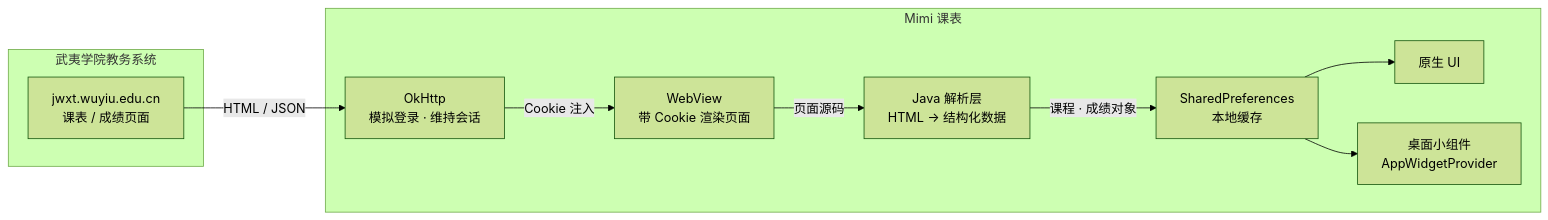
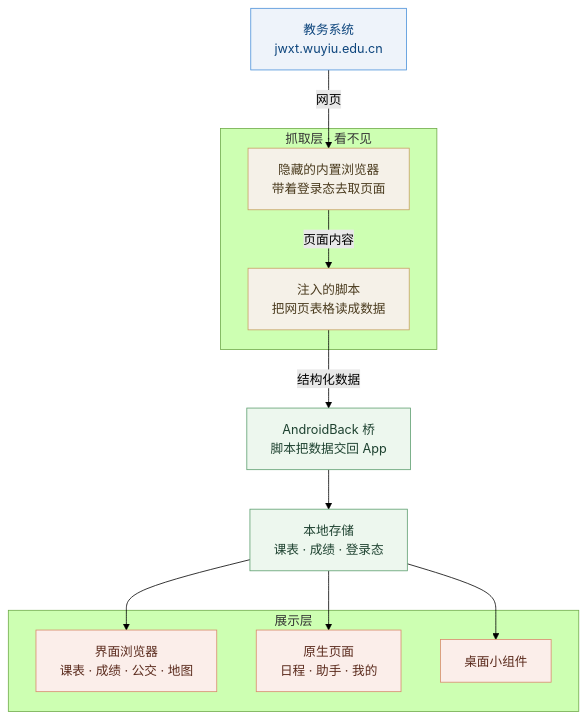
The first of 3 diagrams in README.md (Aokiisei/-Mimi-), drawn with Mermaid (forest theme) before and after one commit. The commit also changed other lines of this file, not shown here.

````diff
--- a/README.md
+++ b/README.md
@@ -48,22 +81,35 @@
 ```mermaid
-flowchart LR
-    subgraph Edu["武夷学院教务系统"]
-        A["jwxt.wuyiu.edu.cn<br/>课表 / 成绩页面"]
+flowchart TB
+    A["教务系统<br/>jwxt.wuyiu.edu.cn"]
+
+    subgraph CRAWL["抓取层 · 看不见"]
+        B["隐藏的内置浏览器<br/>带着登录态去取页面"]
+        C["注入的脚本<br/>把网页表格读成数据"]
     end
 
-    subgraph App["Mimi 课表"]
-        B["OkHttp<br/>模拟登录 · 维持会话"]
-        C["WebView<br/>带 Cookie 渲染页面"]
-        D["Java 解析层<br/>HTML → 结构化数据"]
-        E["SharedPreferences<br/>本地缓存"]
-        F["原生 UI"]
-        G["桌面小组件<br/>AppWidgetProvider"]
+    D["AndroidBack 桥<br/>脚本把数据交回 App"]
+    E["本地存储<br/>课表 · 成绩 · 登录态"]
+
+    subgraph UI["展示层"]
+        F["界面浏览器<br/>课表 · 成绩 · 公交 · 地图"]
+        G["原生页面<br/>日程 · 助手 · 我的"]
+        H["桌面小组件"]
     end
 
-    A -->|"HTML / JSON"| B
-    B -->|"Cookie 注入"| C
-    C -->|"页面源码"| D
-    D -->|"课程 · 成绩对象"| E
+    A -->|"网页"| B
+    B -->|"页面内容"| C
+    C -->|"结构化数据"| D
+    D --> E
     E --> F
     E --> G
+    E --> H
+
+    classDef ext fill:#EEF3FA,stroke:#4A90D9,color:#0C447C
+    classDef core fill:#F5F1E8,stroke:#C9A063,color:#4A3B1E
+    classDef data fill:#EDF7EE,stroke:#5C9E6E,color:#1E4230
+    classDef ui fill:#FBEEEA,stroke:#D98A6C,color:#5A2A1C
+    class A ext
+    class B,C core
+    class D,E data
+    class F,G,H ui
 ```
````
